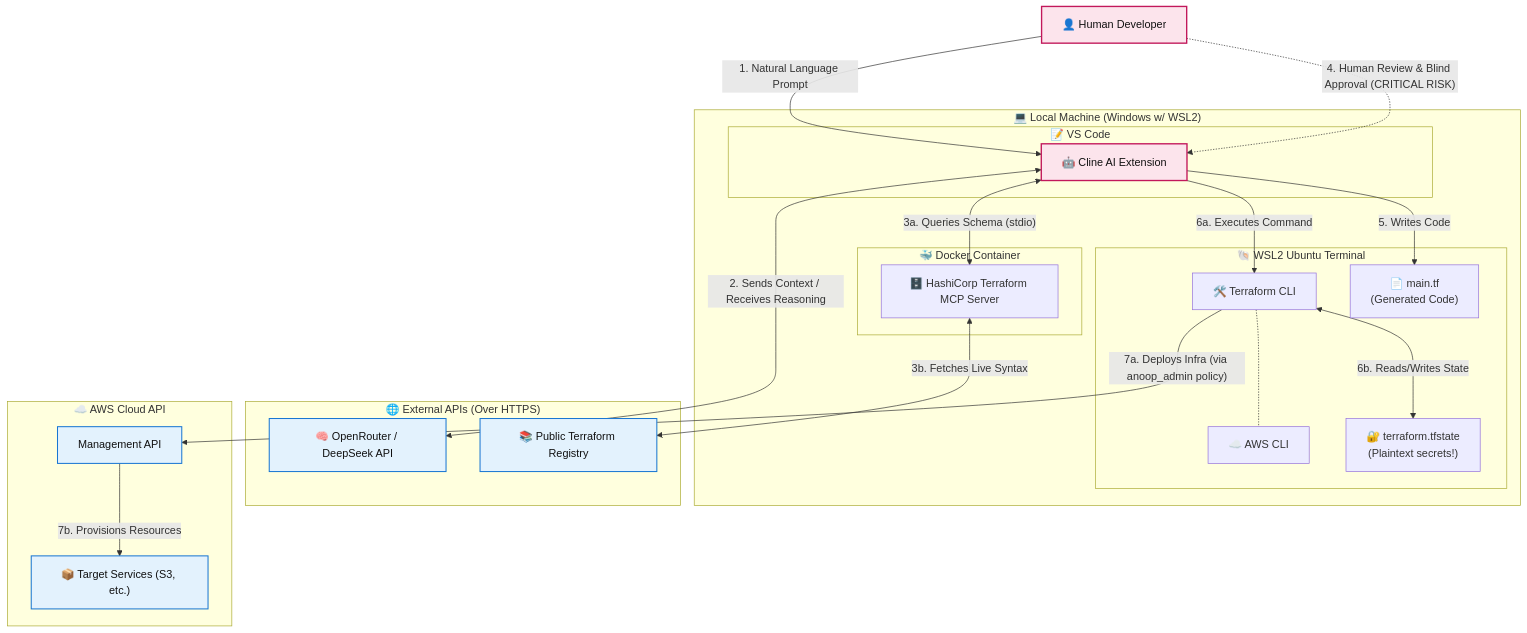
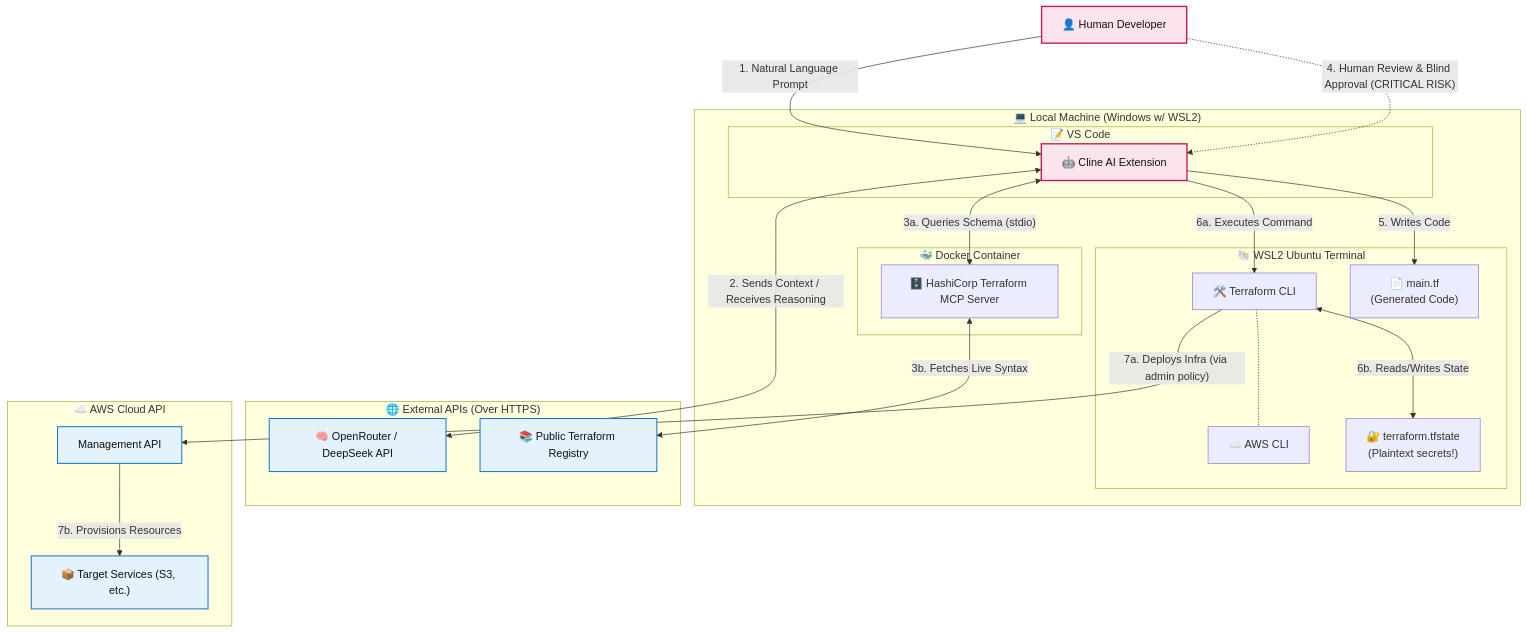
The diagram in README.md (anoopmedackal/agentic-terraform), drawn with Mermaid before and after one commit.

Commit message:
Update README to reflect admin policy change

````diff
--- a/README.md
+++ b/README.md
@@ -40,62 +40,62 @@
 ```mermaid
 graph TD
     %% Define Nodes and Actors
     User["👤 Human Developer"]
     
     subgraph Local_Workstation ["💻 Local Machine (Windows w/ WSL2)"]
         subgraph IDE_Context ["📝 VS Code"]
             Cline["🤖 Cline AI Extension"]
         end
         
         subgraph Docker_Sandbox ["🐳 Docker Container"]
             MCP["🗄️ HashiCorp Terraform MCP Server"]
         end
         
         subgraph Terminal_Context ["🐚 WSL2 Ubuntu Terminal"]
             T_CLI["🛠️ Terraform CLI"]
             AWS_CLI["☁️ AWS CLI"]
             T_Files["📄 main.tf \n (Generated Code)"]
             T_State["🔐 terraform.tfstate \n (Plaintext secrets!)"]
         end
     end
 
     subgraph External_APIs ["🌐 External APIs (Over HTTPS)"]
         OR["🧠 OpenRouter / DeepSeek API"]
         Registry["📚 Public Terraform Registry"]
     end
     
     subgraph Cloud ["☁️ AWS Cloud API"]
         AWS_API["Management API"]
         S3["📦 Target Services (S3, etc.)"]
     end
 
     %% Define Data Flows and Trust Boundaries
     User -->|"1. Natural Language Prompt"| Cline
     User -.->|"4. Human Review & Blind Approval (CRITICAL RISK)"| Cline
     
     Cline <-->|"2. Sends Context / Receives Reasoning"| OR
     
     %% The Grounding Loop
     Cline <-->|"3a. Queries Schema (stdio)"| MCP
     MCP <-->|"3b. Fetches Live Syntax"| Registry
     
     %% The Execution Loop
     Cline -->|"5. Writes Code"| T_Files
     Cline -->|"6a. Executes Command"| T_CLI
     T_CLI <-->|"6b. Reads/Writes State"| T_State
     T_CLI -.- AWS_CLI
     
     %% Cloud Interaction
-    T_CLI -->|"7a. Deploys Infra (via anoop_admin policy)"| AWS_API
+    T_CLI -->|"7a. Deploys Infra (via admin policy)"| AWS_API
     AWS_API -->|"7b. Provisions Resources"| S3
     
     %% Theme-Safe Styling (Explicit text color prevents white-on-light in Dark Mode)
     classDef actor fill:#fce4ec,stroke:#c2185b,stroke-width:2px,color:#111111;
     classDef critical stroke:#e53935,stroke-width:3px,stroke-dasharray: 5 5;
     classDef storage fill:#fff8e1,stroke:#f57f17,stroke-width:2px,color:#111111;
     classDef external fill:#e3f2fd,stroke:#1976d2,stroke-width:1.5px,color:#111111;
     
     class User,Cline actor;
     class T_State critical,storage;
     class OR,Registry,AWS_API,S3 external;
 ```
````
